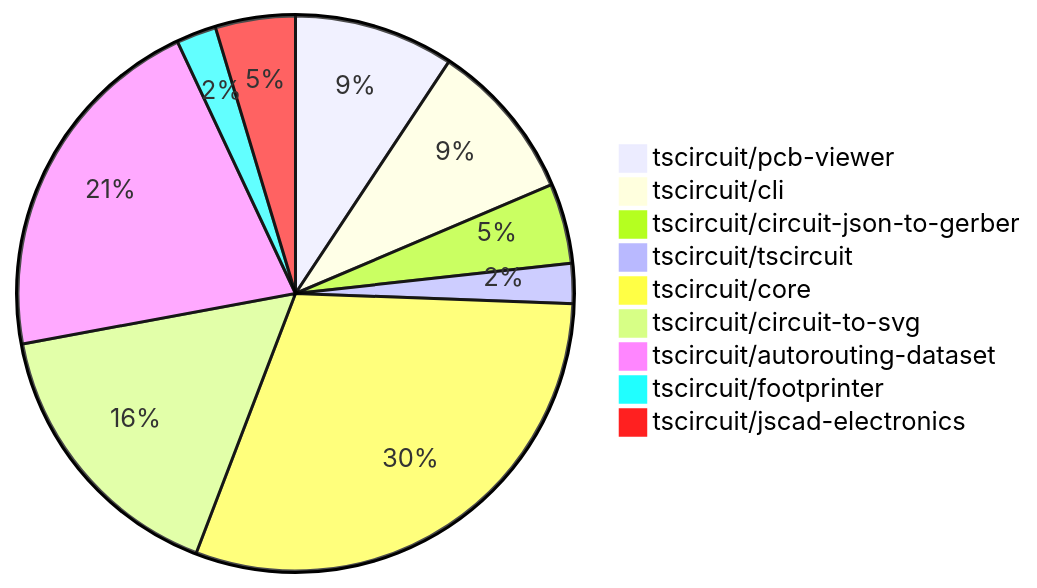
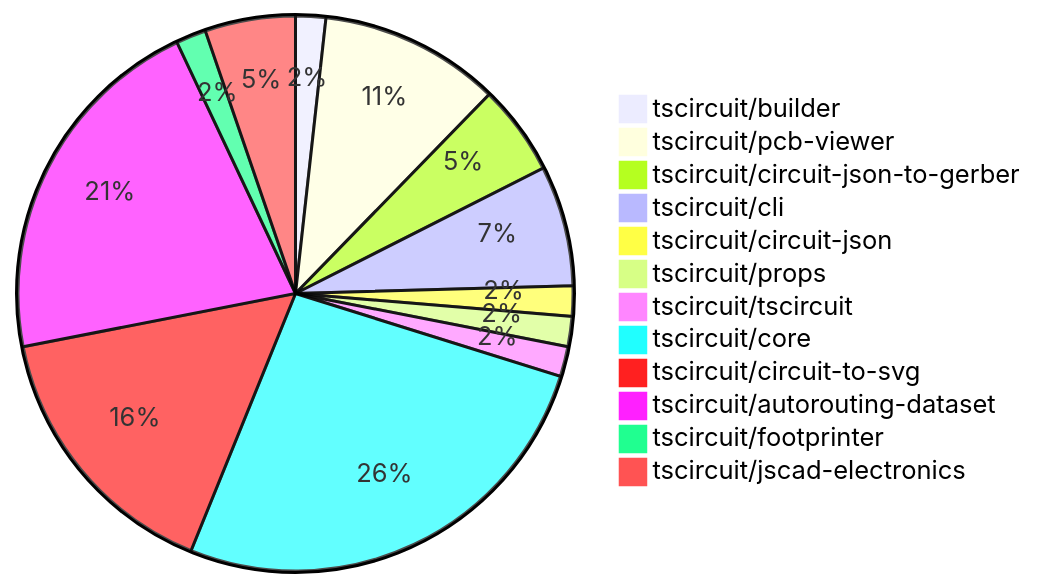
Before and after one commit to tscircuit/contribution-tracker: the diagram in README.md, drawn with Mermaid. The commit also changed other lines of this file and 1 other file, not shown here.

````diff
--- a/README.md
+++ b/README.md
@@ -24,12 +24,15 @@
 ```mermaid
 pie
-    "tscircuit/pcb-viewer" : 4
+    "tscircuit/builder" : 1
+    "tscircuit/pcb-viewer" : 6
+    "tscircuit/circuit-json-to-gerber" : 3
     "tscircuit/cli" : 4
-    "tscircuit/circuit-json-to-gerber" : 2
+    "tscircuit/circuit-json" : 1
+    "tscircuit/props" : 1
     "tscircuit/tscircuit" : 1
-    "tscircuit/core" : 13
-    "tscircuit/circuit-to-svg" : 7
-    "tscircuit/autorouting-dataset" : 9
+    "tscircuit/core" : 15
+    "tscircuit/circuit-to-svg" : 9
+    "tscircuit/autorouting-dataset" : 12
     "tscircuit/footprinter" : 1
-    "tscircuit/jscad-electronics" : 2
+    "tscircuit/jscad-electronics" : 3
 ```
````
